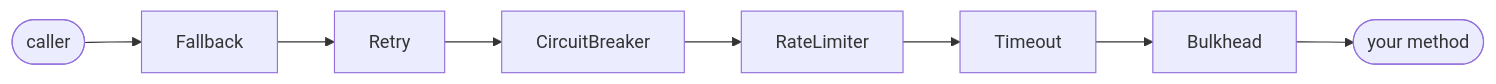
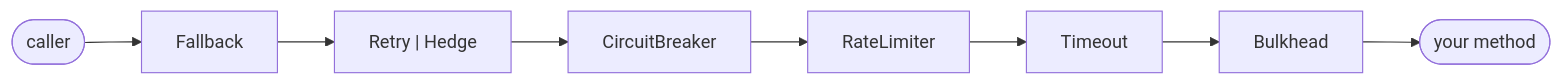
The diagram in docs/en/policies/README.md (fabiangftech/resilience4cata), drawn with Mermaid before and after one commit. The commit also changed other lines of this file and 183 other files, not shown here.

````diff
--- a/docs/en/policies/README.md
+++ b/docs/en/policies/README.md
@@ -34,4 +36,4 @@
 ```mermaid
 flowchart LR
-    caller(["caller"]) --> F["Fallback"] --> R["Retry"] --> C["CircuitBreaker"] --> L["RateLimiter"] --> T["Timeout"] --> B["Bulkhead"] --> M(["your method"])
+    caller(["caller"]) --> F["Fallback"] --> R["Retry | Hedge"] --> C["CircuitBreaker"] --> L["RateLimiter"] --> T["Timeout"] --> B["Bulkhead"] --> M(["your method"])
 ```
````
